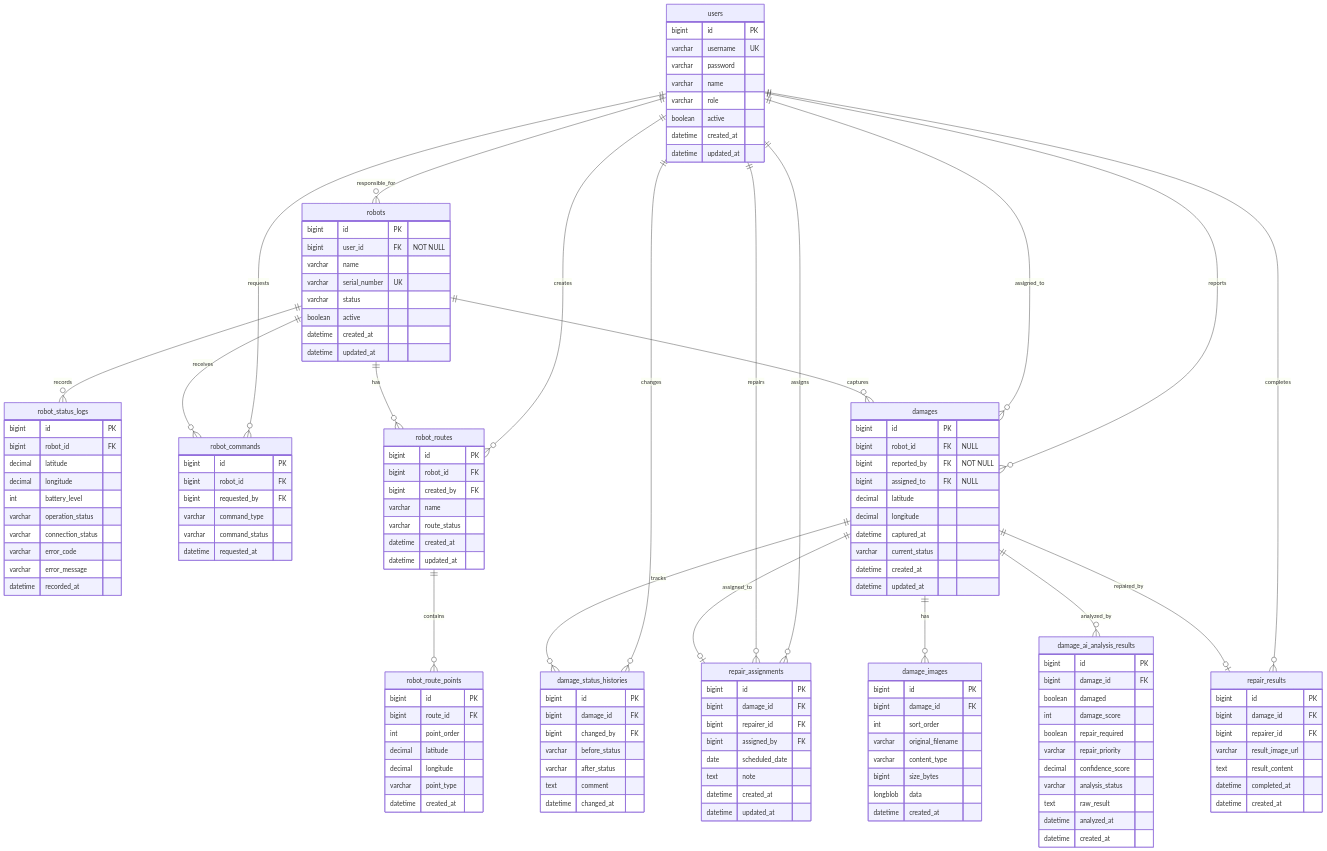
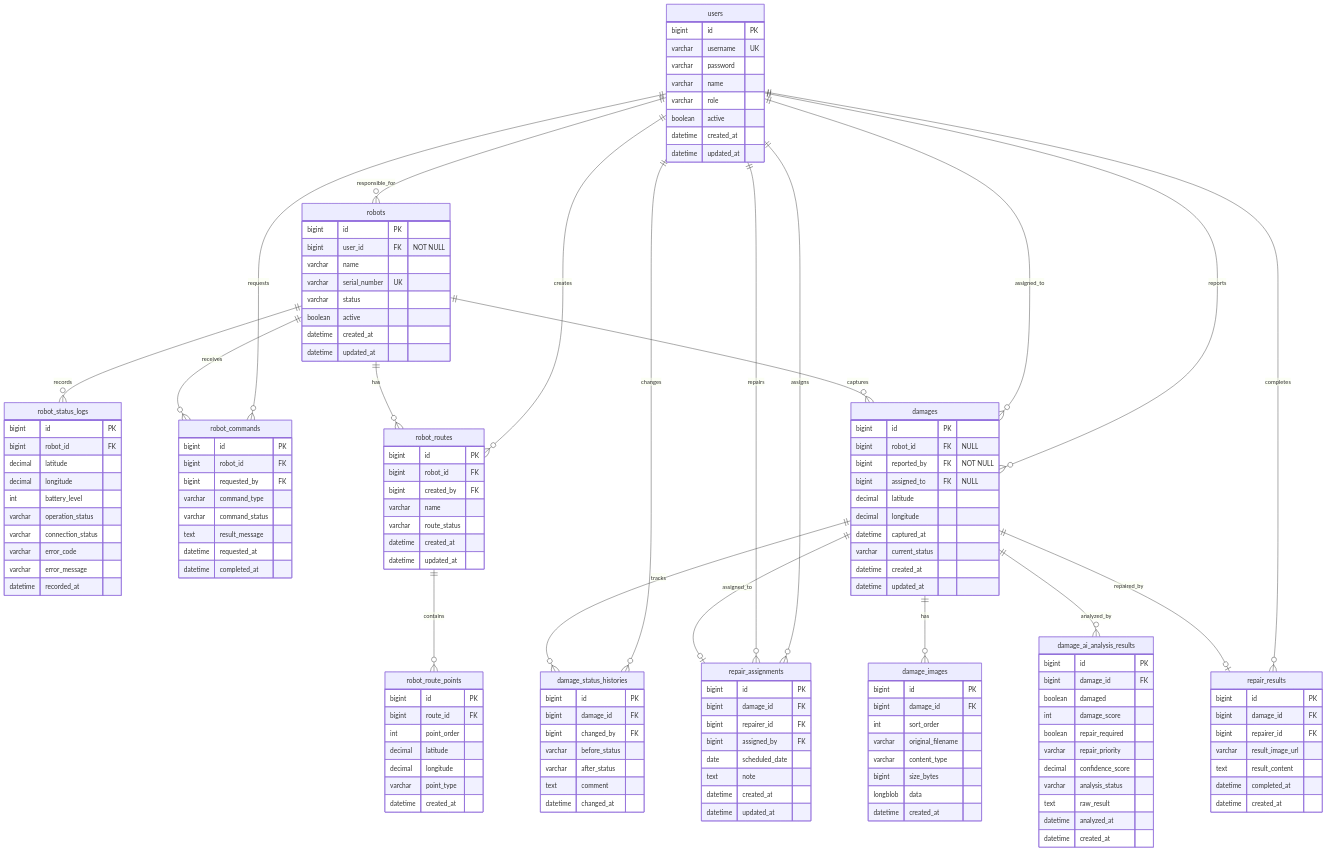
One commit to kky107102/Roady changed the diagram in Roady_BE/docs/erd.md. Above: the diagram before and after it, drawn with Mermaid. The commit also changed other lines of this file and 10 other files, not shown here.

```diff
--- a/Roady_BE/docs/erd.md
+++ b/Roady_BE/docs/erd.md
@@ -87,7 +87,9 @@
         bigint requested_by FK
         varchar command_type
         varchar command_status
+        text result_message
         datetime requested_at
+        datetime completed_at
     }
 
     robot_routes {
```
